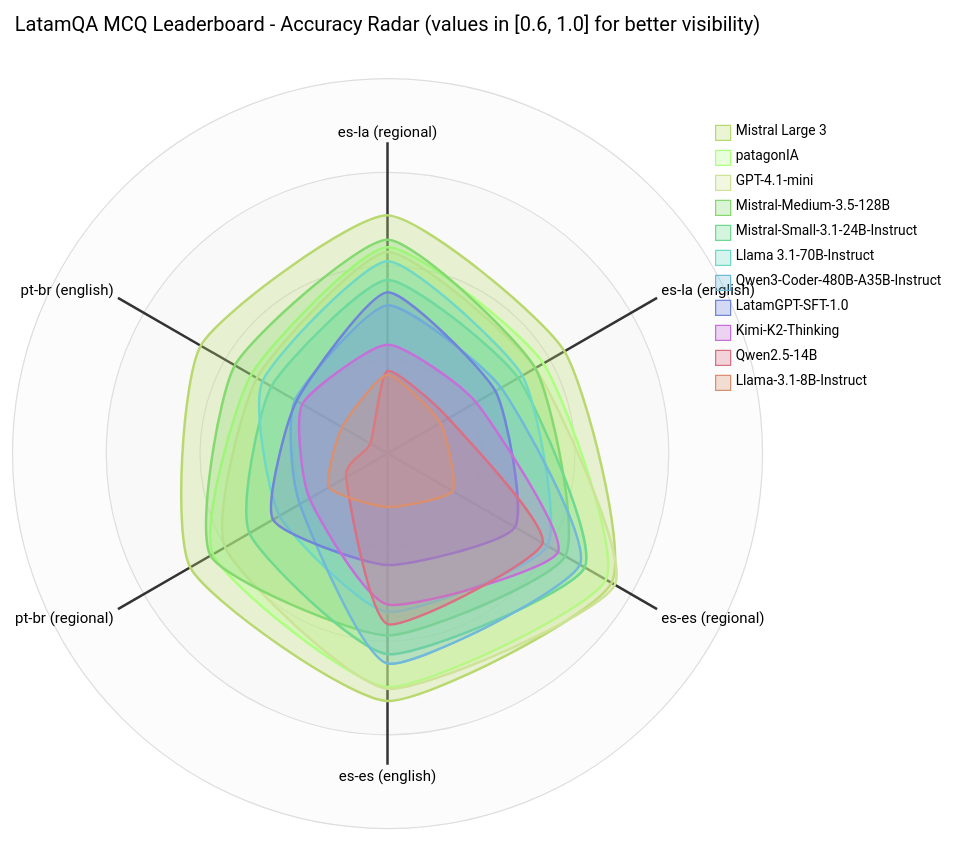
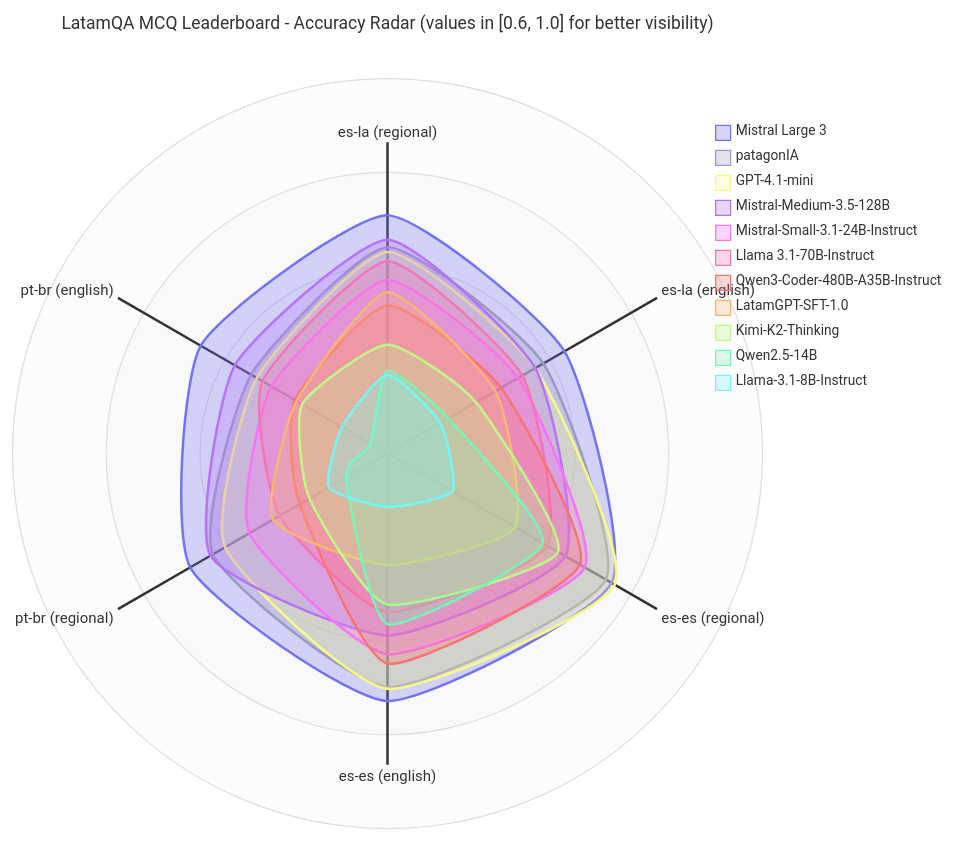
One commit to Inria-Chile/LatamQA changed the diagram in README.md. Above: the diagram before and after it, drawn with Mermaid. The commit also changed other lines of this file and 1 other file, not shown here.

````diff
--- a/README.md
+++ b/README.md
@@ -33,37 +42,38 @@
 ```mermaid
 ---
 title: LatamQA MCQ Leaderboard - Accuracy Radar (values in [0.6, 1.0] for better visibility)
 config:
   width: 600
   height: 600
-  theme: forest
+  theme: neo
   themeVariables:
     radar:
       curveOpacity: 0.29
       graticuleOpacity: 0.11
       legendBoxSize: 150
       legendFontSize: 11
   radar:
       axisScaleFactor: 0.83
       axisLabelFactor: 0.83
       axisLabelFontSize: 11pt
       curveTension: 0.092
 ---
 radar-beta
   axis a0["es-la (regional)"], a1["es-la (english)"], a2["es-es (regional)"], a3["es-es (english)"], a4["pt-br (regional)"], a5["pt-br (english)"]
   curve c0["Mistral Large 3"]{0.854, 0.818, 0.876, 0.864, 0.843, 0.830}
   curve c1["patagonIA"]{0.820, 0.792, 0.869, 0.849, 0.815, 0.768}
   curve c2["GPT-4.1-mini"]{0.815, 0.782, 0.880, 0.851, 0.800, 0.761}
   curve c3["Mistral-Medium-3.5-128B"]{0.828, 0.782, 0.819, 0.794, 0.818, 0.788}
   curve c4["Mistral-Small-3.1-24B-Instruct"]{0.785, 0.761, 0.843, 0.814, 0.770, 0.743}
   curve c5["Llama 3.1-70B-Instruct"]{0.805, 0.766, 0.797, 0.769, 0.733, 0.754}
   curve c6["Qwen3-Coder-480B-A35B-Instruct"]{0.758, 0.740, 0.837, 0.824, 0.708, 0.714}
   curve c7["LatamGPT-SFT-1.0"]{0.772, 0.733, 0.757, 0.719, 0.741, 0.712}
   curve c8["Kimi-K2-Thinking"]{0.716, 0.709, 0.810, 0.761, 0.696, 0.705}
   curve c9["Qwen2.5-14B"]{0.688, 0.675, 0.791, 0.782, 0.651, 0.621}
   curve c10["Llama-3.1-8B-Instruct"]{0.684, 0.665, 0.680, 0.657, 0.672, 0.656}
+
   max 1.0
   min 0.6
   ticks 4
   showLegend true
 ```
````
